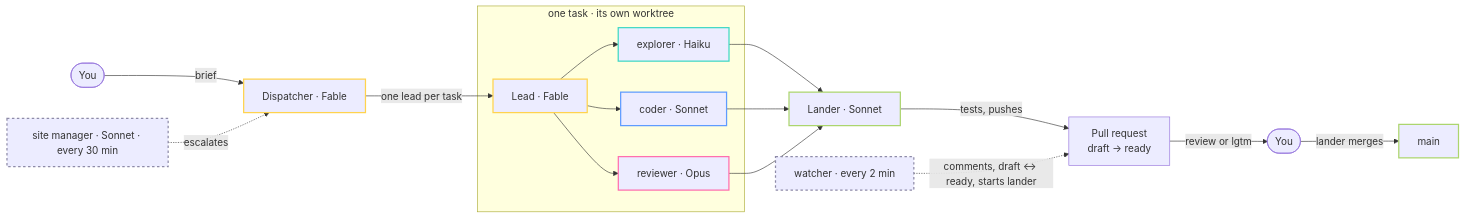
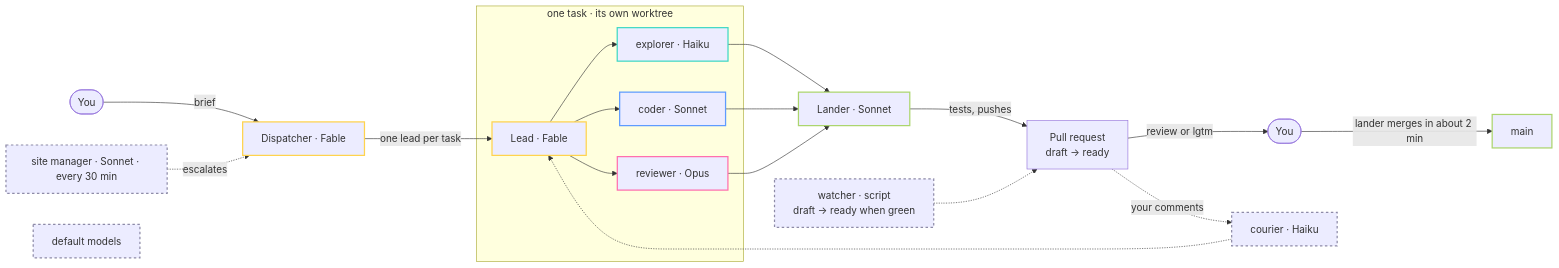
One commit to andreiciobotar/isshoni changed the first of 2 diagrams in README.md. Above: the diagram before and after it, drawn with Mermaid. The commit also changed other lines of this file and 2 other files, not shown here.

Commit message:
README diagrams: courier node, models as defaults, watcher shrunk, merge in about 2 min
Applies the spec amendment to both options.

````diff
--- a/README.md
+++ b/README.md
@@ -65,28 +65,30 @@
 ```mermaid
 flowchart LR
     you([You]) -- brief --> disp[Dispatcher · Fable]
     disp -- one lead per task --> lead
     subgraph task [one task · its own worktree]
         lead[Lead · Fable] --> ex[explorer · Haiku]
         lead --> co[coder · Sonnet]
         lead --> rv[reviewer · Opus]
     end
     ex & co & rv --> lander[Lander · Sonnet]
     lander -- tests, pushes --> pr[Pull request<br>draft → ready]
     pr -- review or lgtm --> you2([You])
-    you2 -- lander merges --> main[main]
-    watcher[watcher · every 2 min] -. comments, draft ↔ ready, starts lander .-> pr
+    you2 -- lander merges in about 2 min --> main[main]
+    pr -. your comments .-> courier[courier · Haiku] -.-> lead
+    watcher[watcher · script<br>draft → ready when green] -.-> pr
     sm[site manager · Sonnet · every 30 min] -. escalates .-> disp
+    note[default models]
     classDef yellow stroke:#FFD34E,stroke-width:2px
     classDef teal stroke:#3FD8C4,stroke-width:2px
     classDef blue stroke:#5E9BFF,stroke-width:2px
     classDef pink stroke:#FF6FAE,stroke-width:2px
     classDef lime stroke:#ACD56E,stroke-width:2px
     classDef muted stroke:#8E8BA8,stroke-width:2px,stroke-dasharray:4
     class disp,lead yellow
     class ex teal
     class co blue
     class rv pink
     class lander,main lime
-    class watcher,sm muted
+    class watcher,sm,courier,note muted
 ```
````
